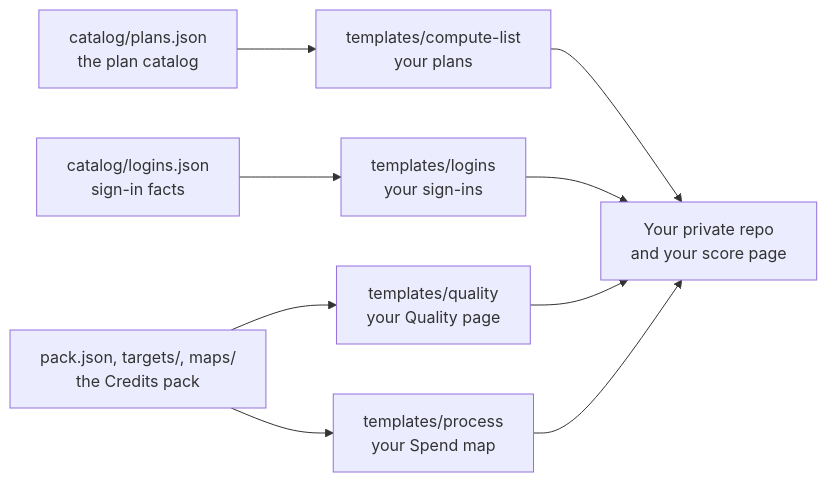
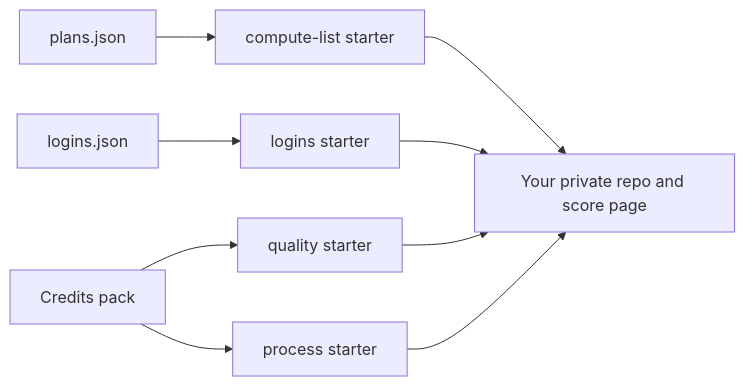
Before and after one commit to SoulCraft-Org/compute-crafter: the diagram in README.md, drawn with Mermaid. The commit also changed other lines of this file and 1 other file, not shown here.

````diff
--- a/README.md
+++ b/README.md
@@ -11,11 +11,8 @@
 ```mermaid
 flowchart LR
-  P[catalog/plans.json<br/>the plan catalog] --> L[templates/compute-list<br/>your plans]
-  G[catalog/logins.json<br/>sign-in facts] --> N[templates/logins<br/>your sign-ins]
-  K[pack.json, targets/, maps/<br/>the Credits pack] --> Q[templates/quality<br/>your Quality page]
-  K --> R[templates/process<br/>your Spend map]
-  L --> Y[Your private repo<br/>and your score page]
-  N --> Y
-  Q --> Y
-  R --> Y
+  P[plans.json] --> L[compute-list starter]
+  G[logins.json] --> N[logins starter]
+  K[Credits pack] --> Q[quality starter]
+  K --> R[process starter]
+  L & N & Q & R --> Y[Your private repo and score page]
 ```
````
